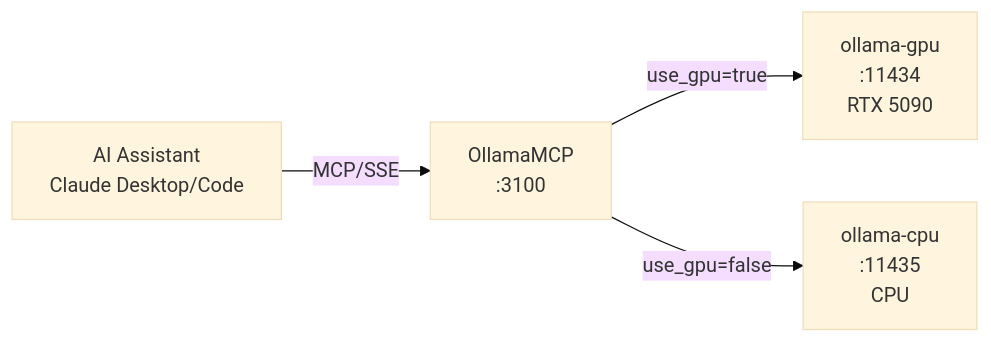
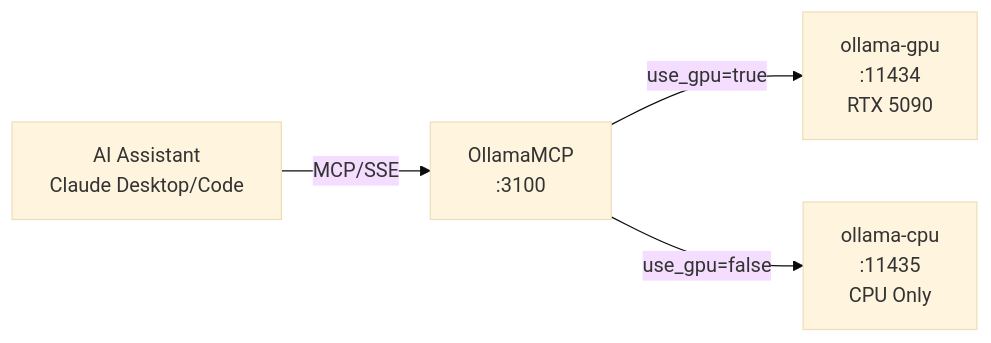
Before and after one commit to jpansarasa/ATLAS-Docs: the diagram in OllamaMCP/README.md, drawn with Mermaid (base theme). The commit also changed other lines of this file and 22 other files, not shown here.

````diff
--- a/OllamaMCP/README.md
+++ b/OllamaMCP/README.md
@@ -11,6 +11,6 @@
 ```mermaid
 flowchart LR
     AI[AI Assistant<br/>Claude Desktop/Code] -->|MCP/SSE| MCP[OllamaMCP<br/>:3100]
     MCP -->|use_gpu=true| GPU[ollama-gpu<br/>:11434<br/>RTX 5090]
-    MCP -->|use_gpu=false| CPU[ollama-cpu<br/>:11435<br/>CPU]
+    MCP -->|use_gpu=false| CPU[ollama-cpu<br/>:11435<br/>CPU Only]
 ```
````
